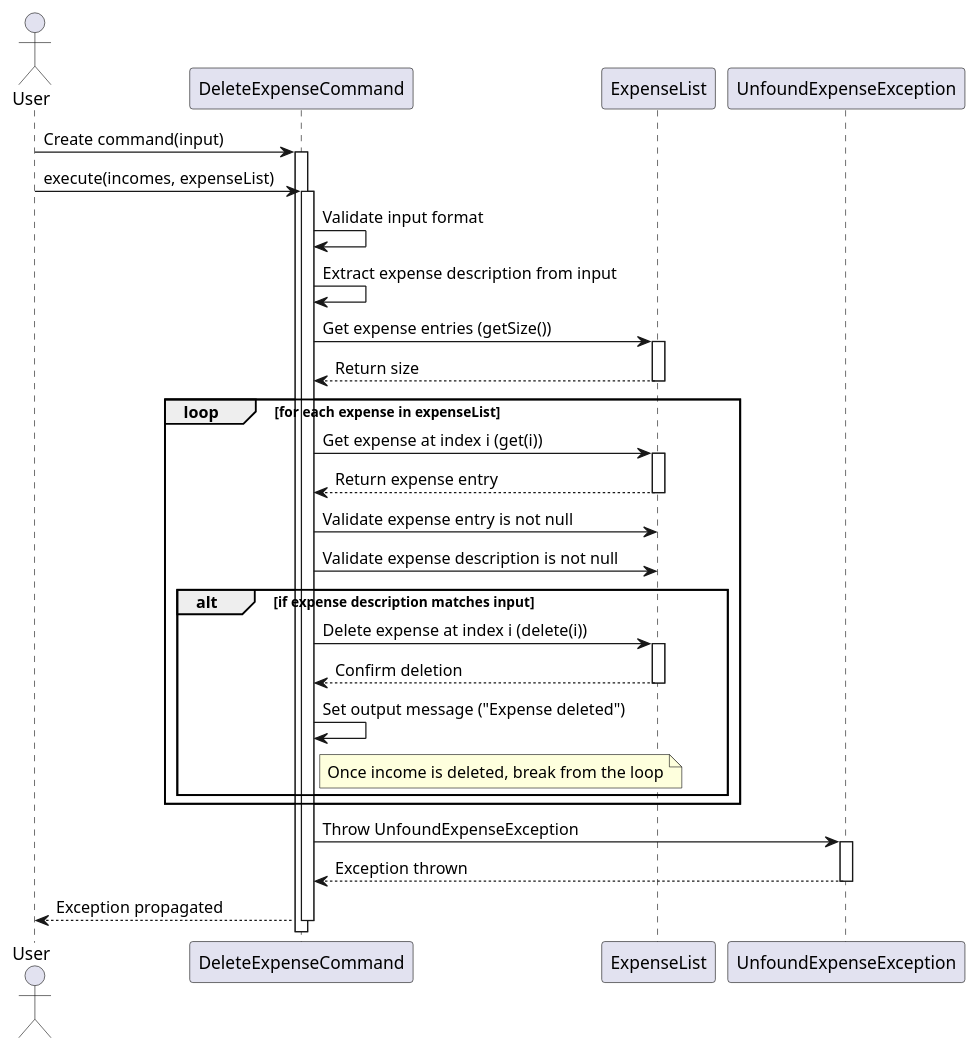
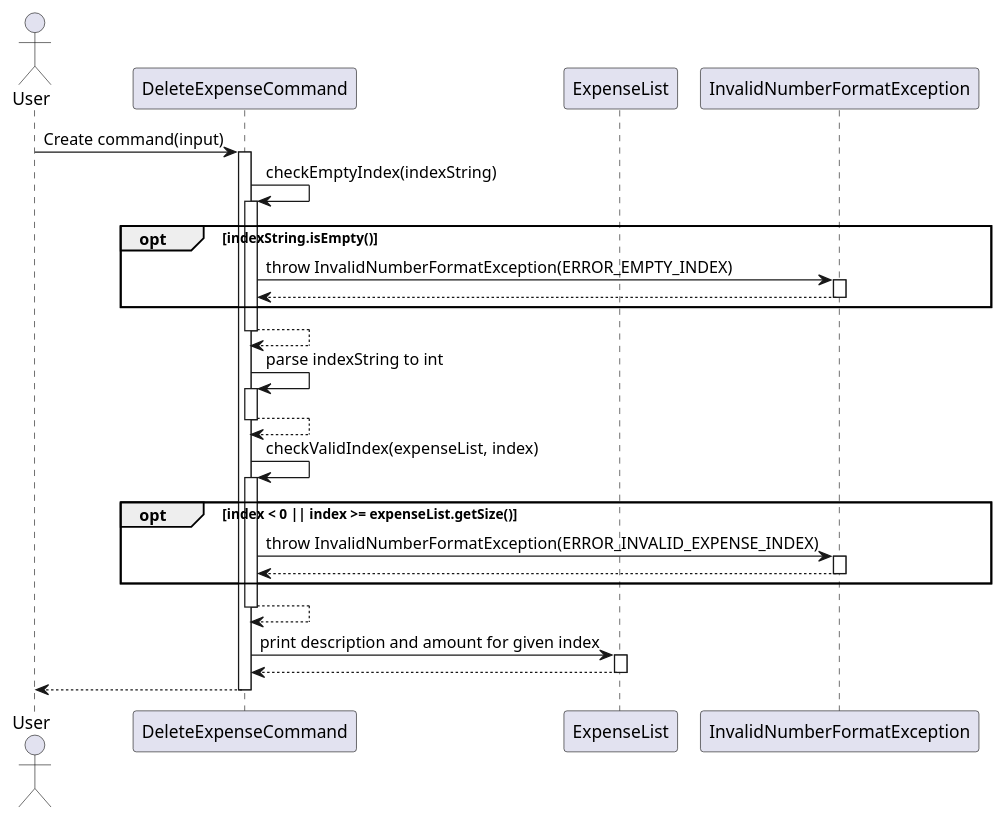
Before and after one commit to thienkimtranhoang/tp: the diagram in docs/diagrams/DeleteExpenseCommandSequence.puml, drawn with PlantUML. The commit also changed 13 other files, not shown here.

Commit message:
update DG, UG, and plantUML diagrams for DeleteExpense and update HelpCommand

```diff
--- a/docs/diagrams/DeleteExpenseCommandSequence.puml
+++ b/docs/diagrams/DeleteExpenseCommandSequence.puml
@@ -1,53 +1,47 @@
 @startuml
 actor User
 participant "DeleteExpenseCommand" as DeleteExpenseCommand
 participant "ExpenseList" as ExpenseList
-participant "UnfoundExpenseException" as Exception
+participant "InvalidNumberFormatException" as InvalidNumberFormatException
 
 User -> DeleteExpenseCommand: Create command(input)
 activate DeleteExpenseCommand
 
-User -> DeleteExpenseCommand: execute(incomes, expenseList)
+
+
+DeleteExpenseCommand -> DeleteExpenseCommand : checkEmptyIndex(indexString)
 activate DeleteExpenseCommand
+opt indexString.isEmpty()
+DeleteExpenseCommand -> InvalidNumberFormatException : throw InvalidNumberFormatException(ERROR_EMPTY_INDEX)
+activate InvalidNumberFormatException
+InvalidNumberFormatException --> DeleteExpenseCommand
+deactivate InvalidNumberFormatException
+end
+DeleteExpenseCommand --> DeleteExpenseCommand
+deactivate DeleteExpenseCommand
 
-DeleteExpenseCommand -> DeleteExpenseCommand: Validate input format
-DeleteExpenseCommand -> DeleteExpenseCommand: Extract expense description from input
 
-DeleteExpenseCommand -> ExpenseList: Get expense entries (getSize())
+DeleteExpenseCommand -> DeleteExpenseCommand : parse indexString to int
+activate DeleteExpenseCommand
+DeleteExpenseCommand --> DeleteExpenseCommand
+deactivate DeleteExpenseCommand
+
+DeleteExpenseCommand -> DeleteExpenseCommand : checkValidIndex(expenseList, index)
+activate DeleteExpenseCommand
+opt index < 0 || index >= expenseList.getSize()
+DeleteExpenseCommand -> InvalidNumberFormatException : throw InvalidNumberFormatException(ERROR_INVALID_EXPENSE_INDEX)
+activate InvalidNumberFormatException
+InvalidNumberFormatException --> DeleteExpenseCommand
+deactivate InvalidNumberFormatException
+end
+DeleteExpenseCommand --> DeleteExpenseCommand
+deactivate DeleteExpenseCommand
+
+DeleteExpenseCommand -> ExpenseList: print description and amount for given index
 activate ExpenseList
-ExpenseList --> DeleteExpenseCommand: Return size
+ExpenseList --> DeleteExpenseCommand
 deactivate ExpenseList
 
-loop for each expense in expenseList
-    DeleteExpenseCommand -> ExpenseList: Get expense at index i (get(i))
-    activate ExpenseList
-    ExpenseList --> DeleteExpenseCommand: Return expense entry
-    deactivate ExpenseList
-
-    DeleteExpenseCommand -> ExpenseList: Validate expense entry is not null
-    DeleteExpenseCommand -> ExpenseList: Validate expense description is not null
-
-    alt if expense description matches input
-        DeleteExpenseCommand -> ExpenseList: Delete expense at index i (delete(i))
-        activate ExpenseList
-        ExpenseList --> DeleteExpenseCommand: Confirm deletion
-        deactivate ExpenseList
-
-
-        DeleteExpenseCommand -> DeleteExpenseCommand: Set output message ("Expense deleted")
-        note right of DeleteExpenseCommand
-        Once income is deleted, break from the loop
-        endnote
-    end
-end
-
-
-
-DeleteExpenseCommand -> Exception: Throw UnfoundExpenseException
-activate Exception
-Exception --> DeleteExpenseCommand: Exception thrown
-deactivate Exception
-
-DeleteExpenseCommand --> User: Exception propagated
+DeleteExpenseCommand --> User
 deactivate DeleteExpenseCommand
 @enduml
```
